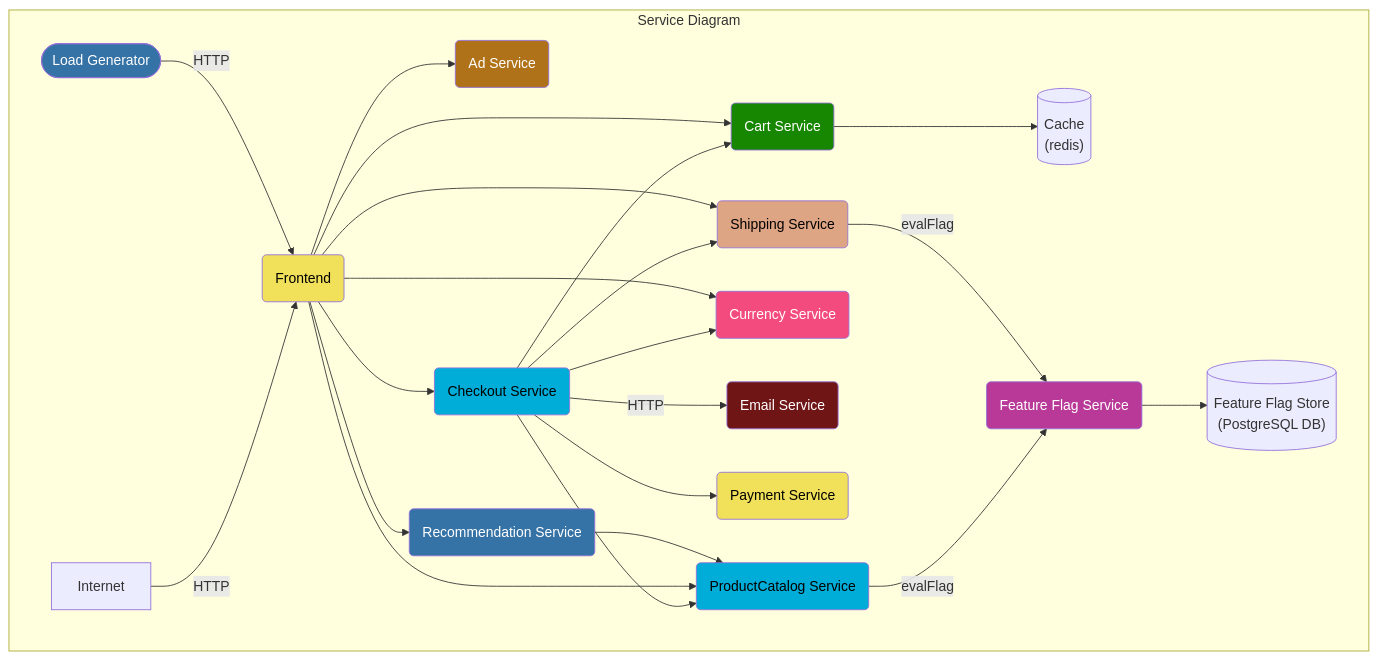
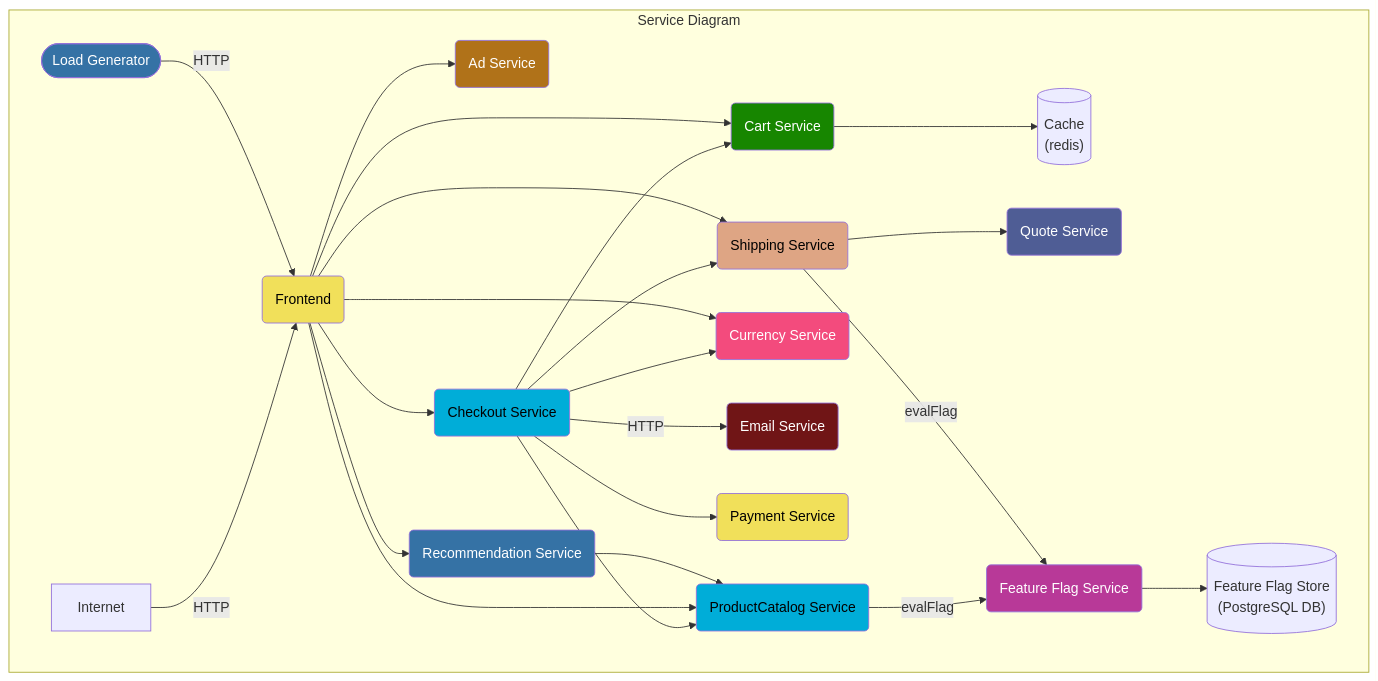
One commit to open-telemetry/opentelemetry-demo changed the first of 2 diagrams in README.md. Above: the diagram before and after it, drawn with Mermaid. The commit also changed other lines of this file, not shown here.

Commit message:
Add PHP to Mermaid

````diff
--- a/README.md
+++ b/README.md
@@ -35,55 +35,56 @@
 ```mermaid
 graph TD
 
 subgraph Service Diagram
 adservice(Ad Service):::java
 cache[(Cache<br/>&#40redis&#41)]
 cartservice(Cart Service):::dotnet
 checkoutservice(Checkout Service):::golang
 currencyservice(Currency Service):::cpp
 emailservice(Email Service):::ruby
 frontend(Frontend):::javascript
 loadgenerator([Load Generator]):::python
 paymentservice(Payment Service):::javascript
 productcatalogservice(ProductCatalog Service):::golang
+quoteservice(Quote Service):::php
 recommendationservice(Recommendation Service):::python
 shippingservice(Shipping Service):::rust
 featureflagservice(Feature Flag Service):::erlang
 featureflagstore[(Feature Flag Store<br/>&#40PostgreSQL DB&#41)]
 
 Internet -->|HTTP| frontend
 loadgenerator -->|HTTP| frontend
 
 checkoutservice --> cartservice --> cache
 checkoutservice --> productcatalogservice
 checkoutservice --> currencyservice
 checkoutservice -->|HTTP| emailservice
 checkoutservice --> paymentservice
 checkoutservice --> shippingservice
 
 frontend --> adservice
 frontend --> cartservice
 frontend --> productcatalogservice
 frontend --> checkoutservice
 frontend --> currencyservice
 frontend --> recommendationservice --> productcatalogservice
-frontend --> shippingservice
+frontend --> shippingservice --> quoteservice
 
 productcatalogservice --> |evalFlag| featureflagservice
 
 shippingservice --> |evalFlag| featureflagservice
 
 featureflagservice --> featureflagstore
 
 end
 classDef java fill:#b07219,color:white;
 classDef dotnet fill:#178600,color:white;
 classDef golang fill:#00add8,color:black;
 classDef cpp fill:#f34b7d,color:white;
 classDef ruby fill:#701516,color:white;
 classDef python fill:#3572A5,color:white;
 classDef javascript fill:#f1e05a,color:black;
 classDef rust fill:#dea584,color:black;
 classDef erlang fill:#b83998,color:white;
 classDef php fill:#4f5d95,color:white;
 ```
````
